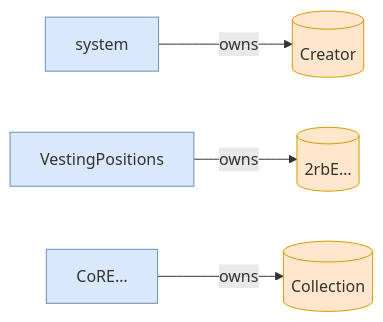
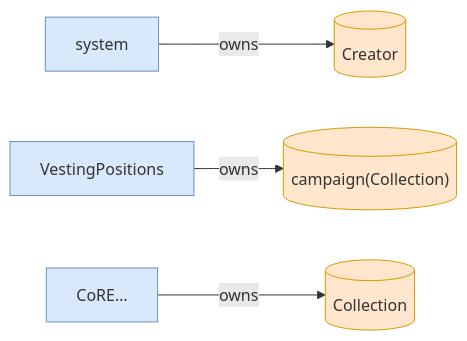
Before and after one commit to cds-turbin3/vesting-position: the ninth of 12 diagrams in babelfish-tests/test-report/collection_freeze_does_not_block_existing_transferable_positions.md, drawn with Mermaid. The commit also changed other lines of this file and 51 other files, not shown here.

````diff
--- a/babelfish-tests/test-report/collection_freeze_does_not_block_existing_transferable_positions.md
+++ b/babelfish-tests/test-report/collection_freeze_does_not_block_existing_transferable_positions.md
@@ -425,15 +372,15 @@
 ```mermaid
 flowchart LR
     system["system"]:::program
     Creator[("Creator")]:::state
     VestingPositions["VestingPositions"]:::program
-    2rbE[("2rbE…")]:::state
+    campaignCollection[("campaign(Collection)")]:::state
     CoRE["CoRE…"]:::program
     Collection[("Collection")]:::state
     system -->|owns| Creator
-    VestingPositions -->|owns| 2rbE
+    VestingPositions -->|owns| campaignCollection
     CoRE -->|owns| Collection
     classDef program fill:#dae8fc,stroke:#6c8ebf;
     classDef signer fill:#d5e8d4,stroke:#82b366;
     classDef state fill:#ffe6cc,stroke:#d79b00;
 ```
````
